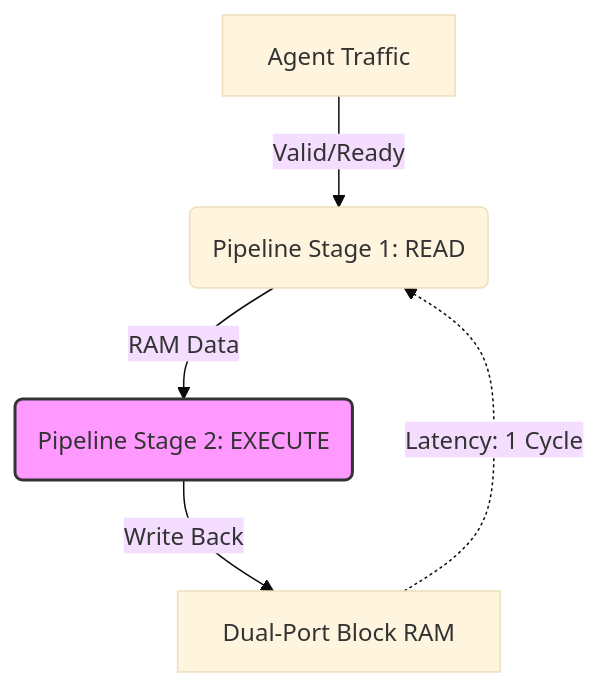
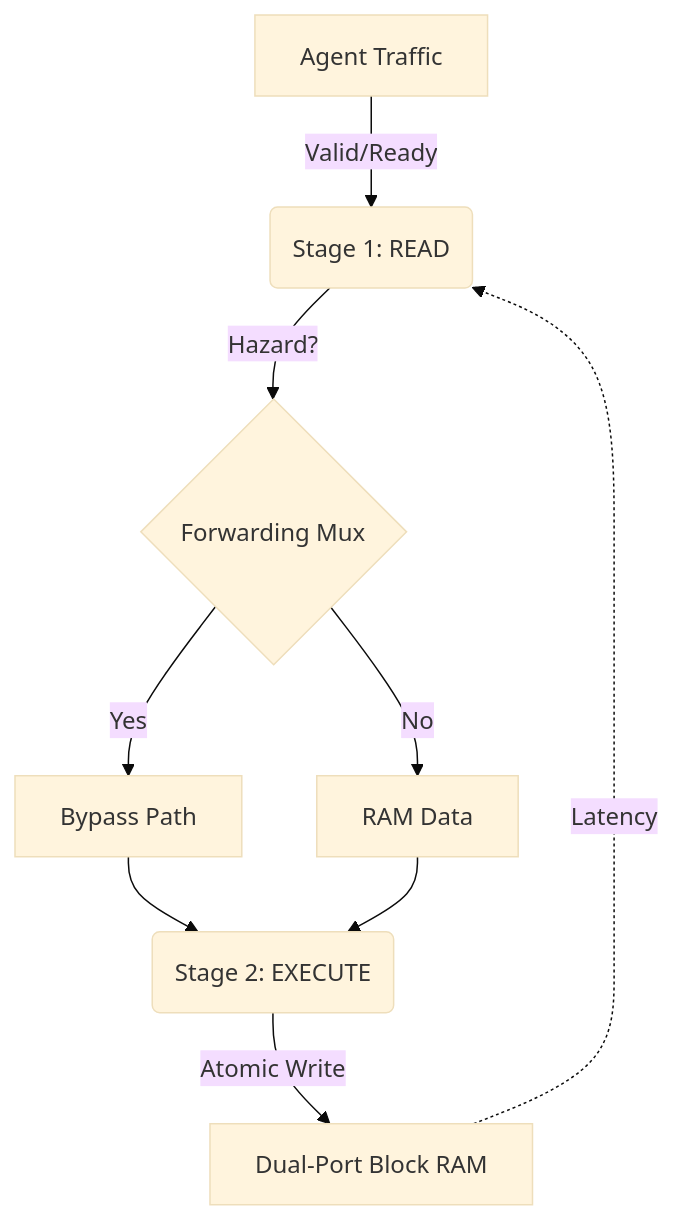
The diagram in README.md (BorjaTR/Sentinel_Lab), drawn with Mermaid (base theme) before and after one commit. The commit also changed other lines of this file and 1 other file, not shown here.

````diff
--- a/README.md
+++ b/README.md
@@ -16,10 +23,12 @@
 ```mermaid
 graph TD
-    A[Agent Traffic] -->|Valid/Ready| B(Pipeline Stage 1: READ);
-    B -->|RAM Data| C(Pipeline Stage 2: EXECUTE);
-    C -->|Write Back| D[Dual-Port Block RAM];
-    D -.->|Latency: 1 Cycle| B;
-    
-    style C fill:#f9f,stroke:#333,stroke-width:2px
+    A[Agent Traffic] -->|Valid/Ready| B(Stage 1: READ);
+    B -->|Hazard?| C{Forwarding Mux};
+    C -- Yes --> D[Bypass Path];
+    C -- No --> E[RAM Data];
+    D --> F(Stage 2: EXECUTE);
+    E --> F;
+    F -->|Atomic Write| G[Dual-Port Block RAM];
+    G -.->|Latency| B;
 
 ```
````
